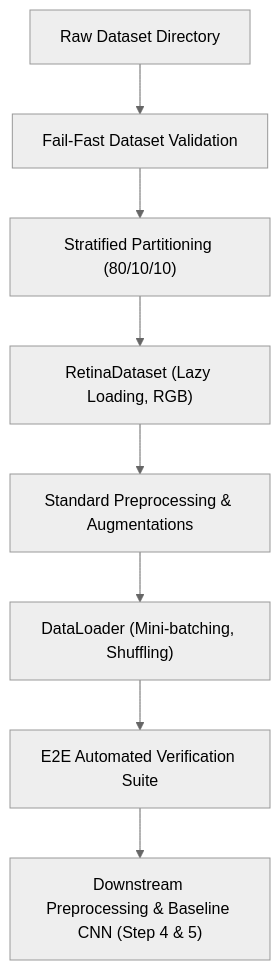
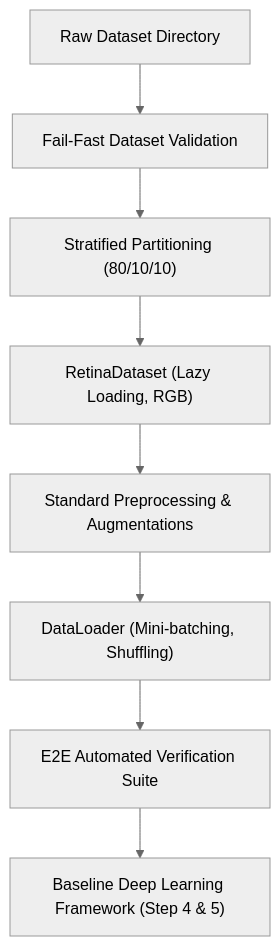
The diagram in research/Volume_02_Data_Pipeline/09_Step2_Summary.md (Dr-Venom29/FusionMedAI), drawn with Mermaid (neutral theme) before and after one commit. The commit also changed other lines of this file and 102 other files, not shown here.

Commit message:
feat(retina): implement EfficientNet-B0 baseline framework with training pipeline and Volume 4 documentation

````diff
--- a/research/Volume_02_Data_Pipeline/09_Step2_Summary.md
+++ b/research/Volume_02_Data_Pipeline/09_Step2_Summary.md
@@ -12,10 +12,10 @@
 ```mermaid
 graph TD
     Raw["Raw Dataset Directory"] --> Validation["Fail-Fast Dataset Validation"]
     Validation --> Split["Stratified Partitioning (80/10/10)"]
     Split --> Dataset["RetinaDataset (Lazy Loading, RGB)"]
     Dataset --> Transforms["Standard Preprocessing & Augmentations"]
     Transforms --> Dataloader["DataLoader (Mini-batching, Shuffling)"]
     Dataloader --> Verification["E2E Automated Verification Suite"]
-    Verification --> Model["Downstream Preprocessing & Baseline CNN (Step 4 & 5)"]
+    Verification --> Model["Baseline Deep Learning Framework (Step 4 & 5)"]
 ```
````
